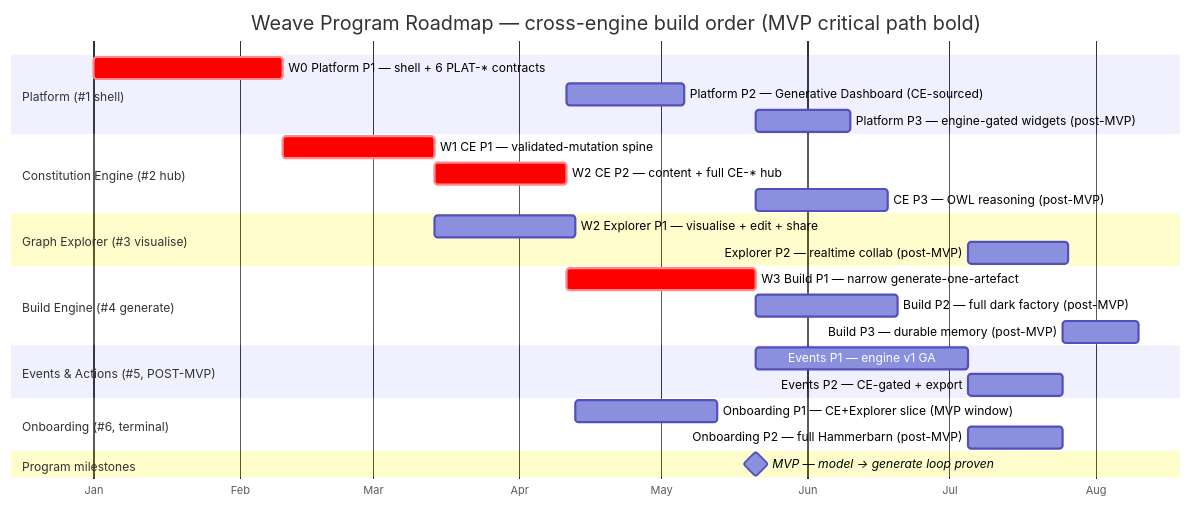
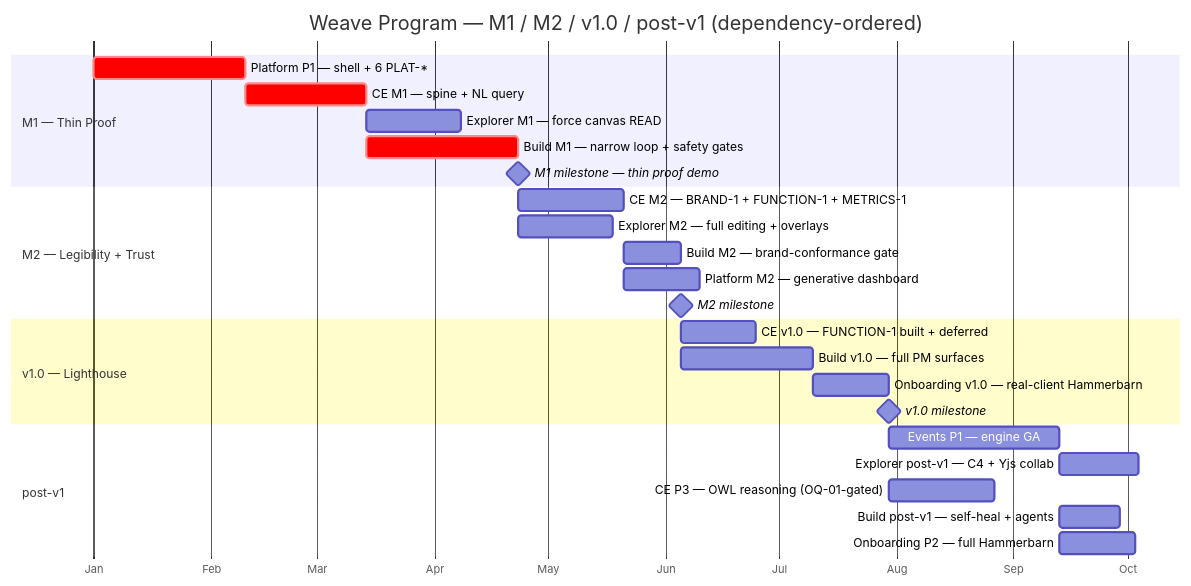
Before and after one commit to gazzwi86/weave: the diagram in docs/specs/weave/weave-spec.md, drawn with Mermaid. The commit also changed other lines of this file and 41 other files, not shown here.

First line of the commit message:
refactor(specs): stage Weave program into M1/M2/v1.0/post-v1; cut ~2k lines; add 31 M1 task briefs

````diff
--- a/docs/specs/weave/weave-spec.md
+++ b/docs/specs/weave/weave-spec.md
@@ -240,36 +267,33 @@
 ```mermaid
 gantt
-    title Weave Program Roadmap — cross-engine build order (MVP critical path bold)
+    title Weave Program — M1 / M2 / v1.0 / post-v1 (dependency-ordered)
     dateFormat YYYY-MM-DD
     axisFormat %b
 
-    section Platform (#1 shell)
-        W0 Platform P1 — shell + 6 PLAT-* contracts   :crit, plat1, 2026-01-01, 40d
-        Platform P2 — Generative Dashboard (CE-sourced):plat2, after ce2, 25d
-        Platform P3 — engine-gated widgets (post-MVP) :plat3, after build1, 20d
+    section M1 — Thin Proof
+        Platform P1 — shell + 6 PLAT-*       :crit, plat1, 2026-01-01, 40d
+        CE M1 — spine + NL query              :crit, ce_m1, after plat1, 32d
+        Explorer M1 — force canvas READ       :ge_m1, after ce_m1, 25d
+        Build M1 — narrow loop + safety gates :crit, build_m1, after ce_m1, 40d
+        M1 milestone — thin proof demo        :milestone, m1, after build_m1, 0d
 
-    section Constitution Engine (#2 hub)
-        W1 CE P1 — validated-mutation spine           :crit, ce1, after plat1, 32d
-        W2 CE P2 — content + full CE-* hub            :crit, ce2, after ce1, 28d
-        CE P3 — OWL reasoning (post-MVP)              :ce3, after build1, 28d
+    section M2 — Legibility + Trust
+        CE M2 — BRAND-1 + FUNCTION-1 + METRICS-1:ce_m2, after m1, 28d
+        Explorer M2 — full editing + overlays    :ge_m2, after m1, 25d
+        Build M2 — brand-conformance gate        :build_m2, after ce_m2, 15d
+        Platform M2 — generative dashboard       :plat_m2, after ce_m2, 20d
+        M2 milestone                             :milestone, m2, after build_m2, 0d
 
-    section Graph Explorer (#3 visualise)
-        W2 Explorer P1 — visualise + edit + share     :ge1, after ce1, 30d
-        Explorer P2 — realtime collab (post-MVP)      :ge2, after events1, 21d
+    section v1.0 — Lighthouse
+        CE v1.0 — FUNCTION-1 built + deferred  :ce_v10, after m2, 20d
+        Build v1.0 — full PM surfaces           :build_v10, after m2, 35d
+        Onboarding v1.0 — real-client Hammerbarn:onb_v10, after build_v10, 20d
+        v1.0 milestone                          :milestone, v10, after onb_v10, 0d
 
-    section Build Engine (#4 generate)
-        W3 Build P1 — narrow generate-one-artefact    :crit, build1, after ce2, 40d
-        Build P2 — full dark factory (post-MVP)       :build2, after build1, 30d
-        Build P3 — durable memory (post-MVP)          :build3, after events2, 16d
-
-    section Events & Actions (#5, POST-MVP)
-        Events P1 — engine v1 GA                      :events1, after build1, 45d
-        Events P2 — CE-gated + export                 :events2, after events1, 20d
-
-    section Onboarding (#6, terminal)
-        Onboarding P1 — CE+Explorer slice (MVP window):onb1, after ge1, 30d
-        Onboarding P2 — full Hammerbarn (post-MVP)    :onb2, after events1, 20d
-
-    section Program milestones
-        MVP — model -> generate loop proven           :milestone, mvp, after build1, 0d
+    section post-v1
+        Events P1 — engine GA                :events1, after v10, 45d
+        Explorer post-v1 — C4 + Yjs collab   :ge_post, after events1, 21d
+        CE P3 — OWL reasoning (OQ-01-gated)  :ce_post, after v10, 28d
+        Build post-v1 — self-heal + agents   :build_post, after events1, 16d
+        Onboarding P2 — full Hammerbarn      :onb_post, after events1, 20d
 ```
````
